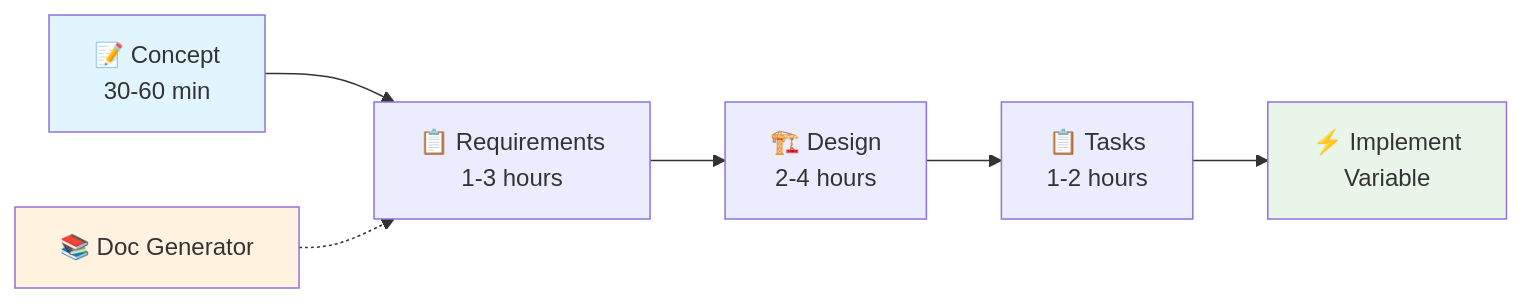
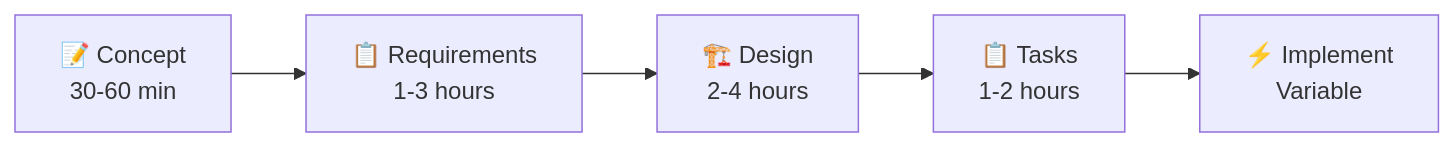
One commit to gitfudge0/slash-commands changed the diagram in README.md. Above: the diagram before and after it, drawn with Mermaid. The commit also changed other lines of this file, not shown here.

````diff
--- a/README.md
+++ b/README.md
@@ -39,13 +21,7 @@
 ```mermaid
 flowchart LR
     A[📝 Concept<br/>30-60 min] --> B[📋 Requirements<br/>1-3 hours]
-    B --> C[🏗️ Design<br/>2-4 hours]
+    B --> C[🏗️ Design<br/>2-4 hours]  
     C --> D[📋 Tasks<br/>1-2 hours]
     D --> E[⚡ Implement<br/>Variable]
-    
-    F[📚 Doc Generator] -.-> B
-    
-    style A fill:#e1f5fe
-    style E fill:#e8f5e8
-    style F fill:#fff3e0
 ```
````
